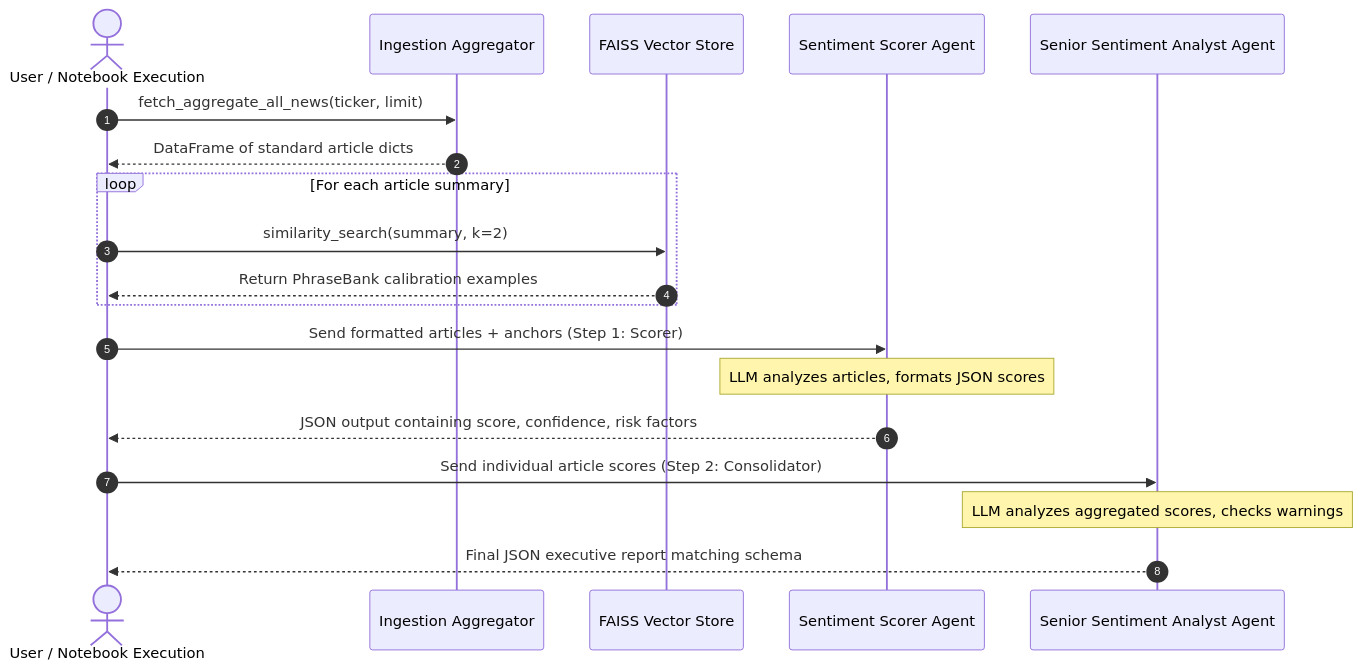
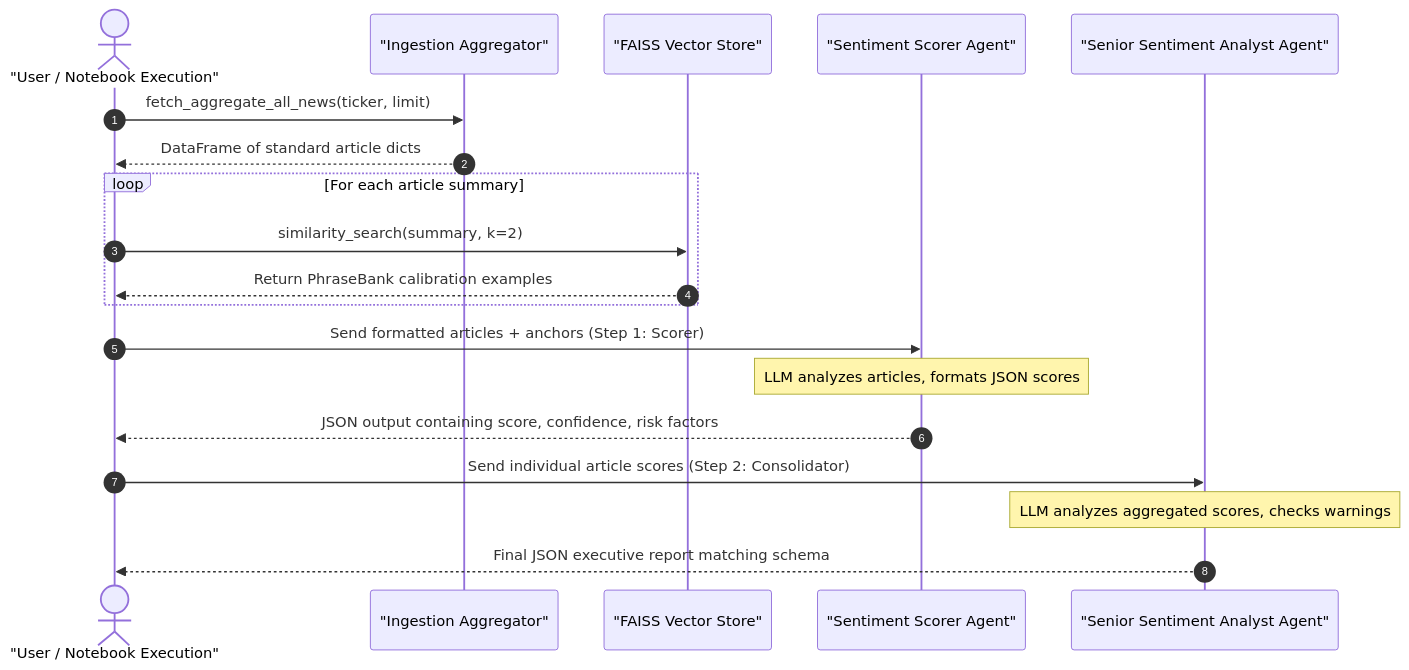
One commit to partnastudio-bernadel/FinRobot-Sentiment changed the second of 2 diagrams in sentiment/README.md. Above: the diagram before and after it, drawn with Mermaid. The commit also changed other lines of this file, not shown here.

Commit message:
docs: fix Mermaid diagram syntax errors in sentiment/README.md

````diff
--- a/sentiment/README.md
+++ b/sentiment/README.md
@@ -57,25 +57,25 @@
 ```mermaid
 sequenceDiagram
     autonumber
-    actor Dev as User / Notebook Execution
-    participant Agg as Ingestion Aggregator
-    participant FAISS as FAISS Vector Store
-    participant Scorer as Sentiment Scorer Agent
-    participant CIO as Senior Sentiment Analyst Agent
+    actor Dev as "User / Notebook Execution"
+    participant Agg as "Ingestion Aggregator"
+    participant FAISS as "FAISS Vector Store"
+    participant Scorer as "Sentiment Scorer Agent"
+    participant CIO as "Senior Sentiment Analyst Agent"
 
     Dev->>Agg: fetch_aggregate_all_news(ticker, limit)
     Agg-->>Dev: DataFrame of standard article dicts
 
     loop For each article summary
         Dev->>FAISS: similarity_search(summary, k=2)
         FAISS-->>Dev: Return PhraseBank calibration examples
     end
 
     Dev->>Scorer: Send formatted articles + anchors (Step 1: Scorer)
     Note over Scorer: LLM analyzes articles, formats JSON scores
     Scorer-->>Dev: JSON output containing score, confidence, risk factors
 
     Dev->>CIO: Send individual article scores (Step 2: Consolidator)
     Note over CIO: LLM analyzes aggregated scores, checks warnings
     CIO-->>Dev: Final JSON executive report matching schema
 ```
````
